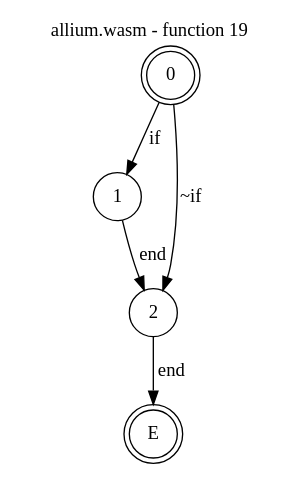
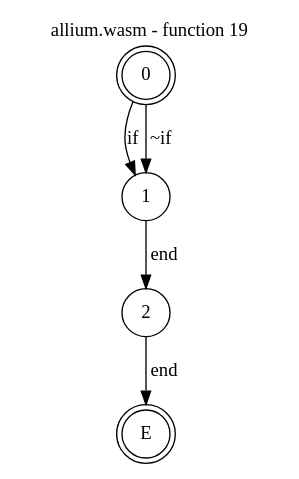
One commit to jsCarleton/wanalyze changed the diagram in test_cases/allium/funcs/allium-func19.dot. Above: the diagram before and after it, drawn with Graphviz. The commit also changed 205 other files, not shown here.

```diff
--- a/test_cases/allium/funcs/allium-func19.dot
+++ b/test_cases/allium/funcs/allium-func19.dot
@@ -1,13 +1,13 @@
 digraph finite_state_machine {
     label = "allium.wasm - function 19"
     labelloc =  t
     labelfontsize = 16
     labelfontcolor = black
     labelfontname = "Helvetica"
     node [shape = doublecircle]; 0 E ;
     node [shape = circle];
     0 -> 1[label="if"];
-    0 -> 2[label="~if"];
+    0 -> 1[label="~if"];
     1 -> 2[label="end"];
     2 -> E[label="end"];
 }
```
